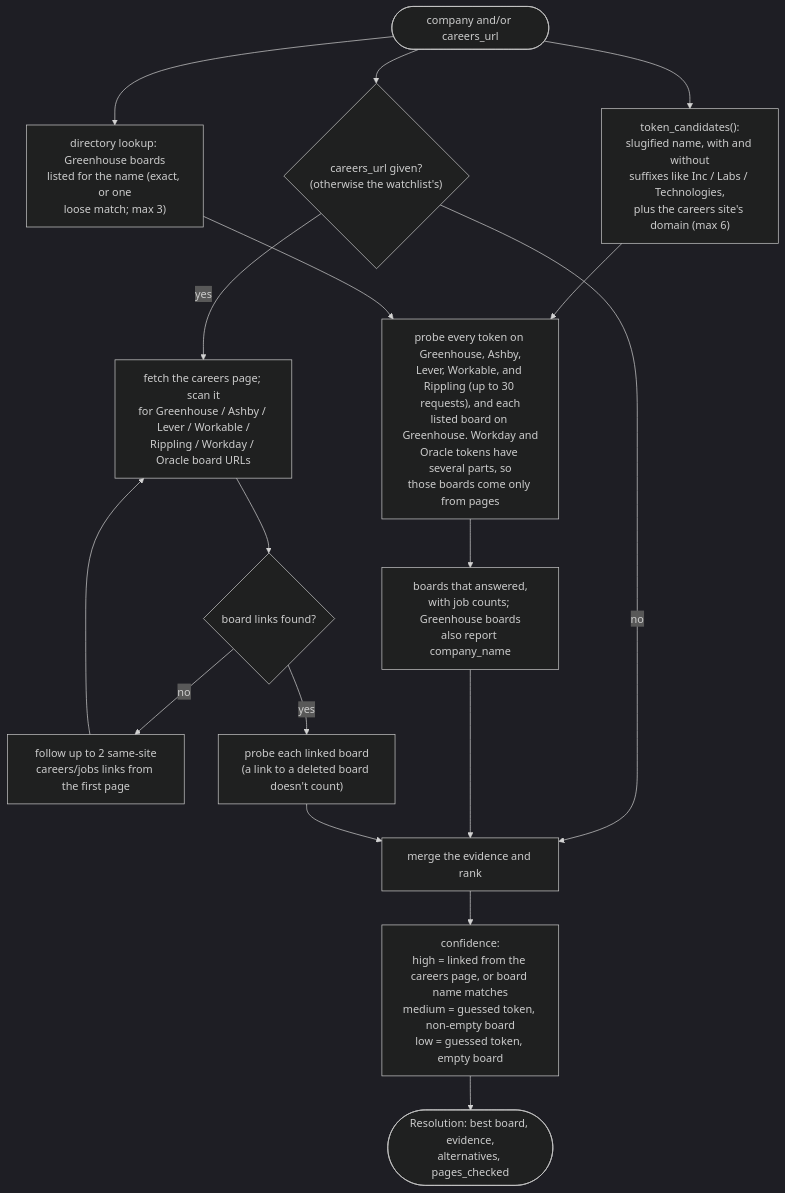
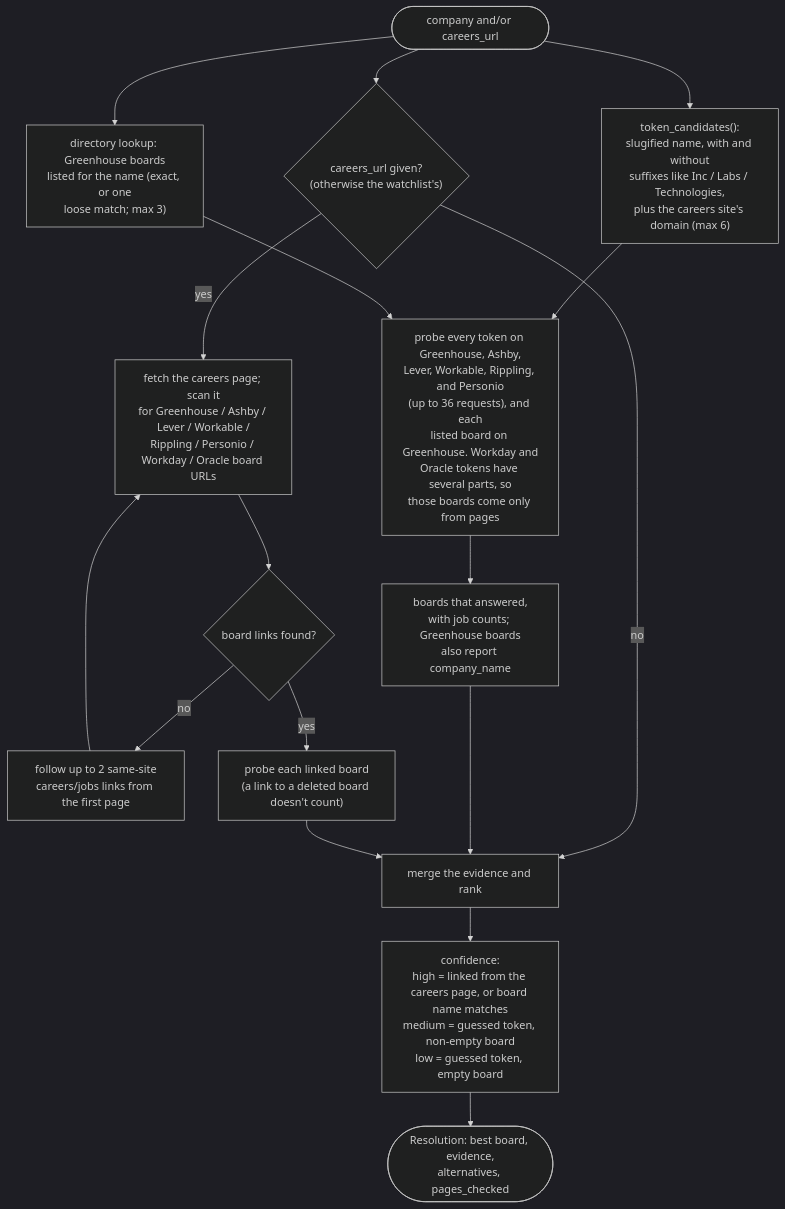
One commit to HakujouRyu/jobboard-mcp changed the fifth of 7 diagrams in docs/architecture.md. Above: the diagram before and after it, drawn with Mermaid (dark theme). The commit also changed other lines of this file and 31 other files, not shown here.

````diff
--- a/docs/architecture.md
+++ b/docs/architecture.md
@@ -272,21 +275,21 @@
 ```mermaid
 flowchart TD
     in(["company and/or careers_url"]) --> tokens["token_candidates():<br/>slugified name, with and without<br/>suffixes like Inc / Labs / Technologies,<br/>plus the careers site's domain (max 6)"]
     in --> page{"careers_url given?<br/>(otherwise the watchlist's)"}
     in --> listed["directory lookup: Greenhouse boards<br/>listed for the name (exact, or one<br/>loose match; max 3)"]
 
-    tokens --> probe["probe every token on Greenhouse, Ashby,<br/>Lever, Workable, and Rippling (up to 30 requests), and each<br/>listed board on Greenhouse. Workday and<br/>Oracle tokens have several parts, so<br/>those boards come only from pages"]
+    tokens --> probe["probe every token on Greenhouse, Ashby,<br/>Lever, Workable, Rippling, and Personio<br/>(up to 36 requests), and each<br/>listed board on Greenhouse. Workday and<br/>Oracle tokens have several parts, so<br/>those boards come only from pages"]
     listed --> probe
     probe --> answered["boards that answered,<br/>with job counts; Greenhouse boards<br/>also report company_name"]
 
-    page -- yes --> scan["fetch the careers page; scan it<br/>for Greenhouse / Ashby / Lever / Workable /<br/>Rippling / Workday / Oracle board URLs"]
+    page -- yes --> scan["fetch the careers page; scan it<br/>for Greenhouse / Ashby / Lever / Workable /<br/>Rippling / Personio / Workday / Oracle board URLs"]
     scan --> refs{"board links found?"}
     refs -- no --> follow["follow up to 2 same-site<br/>careers/jobs links from the first page"] --> scan
     refs -- yes --> verify["probe each linked board<br/>(a link to a deleted board doesn't count)"]
     page -- no --> merge
 
     answered --> merge["merge the evidence and rank"]
     verify --> merge
     merge --> conf["confidence:<br/>high = linked from the careers page, or board name matches<br/>medium = guessed token, non-empty board<br/>low = guessed token, empty board"]
     conf --> out(["Resolution: best board, evidence,<br/>alternatives, pages_checked"])
 ```
````
